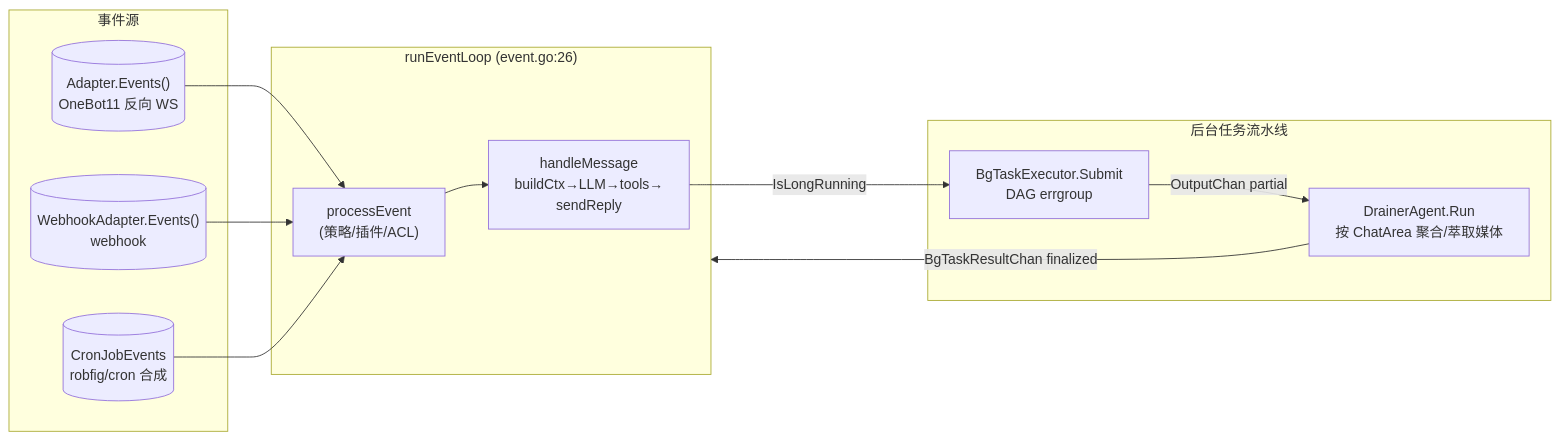
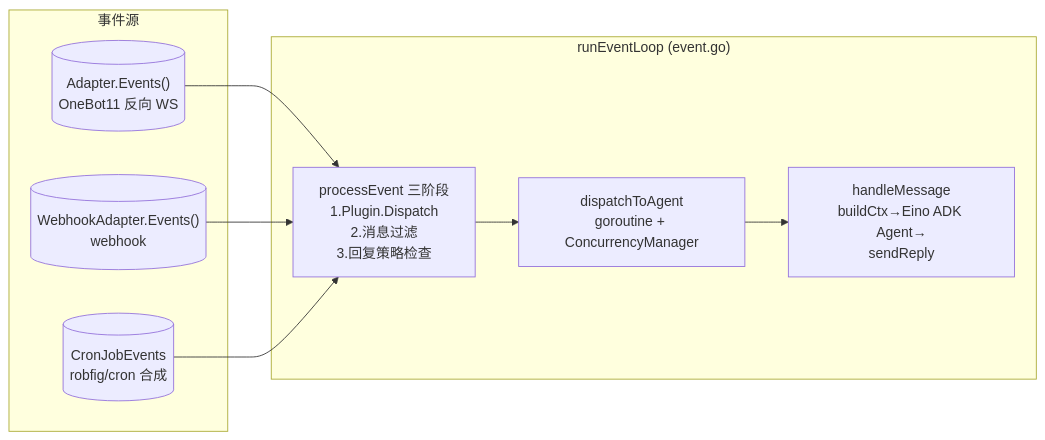
Before and after one commit to JuanNiangDev/JuanNiang-Neo: the third of 16 diagrams in docs/project-details.md, drawn with Mermaid. The commit also changed other lines of this file and 3 other files, not shown here.

````diff
--- a/docs/project-details.md
+++ b/docs/project-details.md
@@ -134,23 +135,17 @@
 ```mermaid
 flowchart LR
   subgraph Sources["事件源"]
     OB[("Adapter.Events()<br/>OneBot11 反向 WS")]
     WH[("WebhookAdapter.Events()<br/>webhook")]
     CJ[("CronJobEvents<br/>robfig/cron 合成")]
   end
-  subgraph Loop["runEventLoop (event.go:26)"]
-    PE["processEvent<br/>(策略/插件/ACL)"]
-    HM["handleMessage<br/>buildCtx→LLM→tools→<br/>sendReply"]
-  end
-  subgraph BG["后台任务流水线"]
-    Sub["BgTaskExecutor.Submit<br/>DAG errgroup"]
-    DR["DrainerAgent.Run<br/>按 ChatArea 聚合/萃取媒体"]
+  subgraph Loop["runEventLoop (event.go)"]
+    PE["processEvent 三阶段<br/>1.Plugin.Dispatch<br/>2.消息过滤<br/>3.回复策略检查"]
+    DA["dispatchToAgent<br/>goroutine + ConcurrencyManager"]
+    HM["handleMessage<br/>buildCtx→Eino ADK Agent→<br/>sendReply"]
   end
   OB --> PE
   WH --> PE
-  PE --> HM
   CJ --> PE
-  HM -->|IsLongRunning| Sub
-  Sub -->|OutputChan partial| DR
-  DR -->|BgTaskResultChan finalized| Loop
+  PE --> DA --> HM
 ```
````
